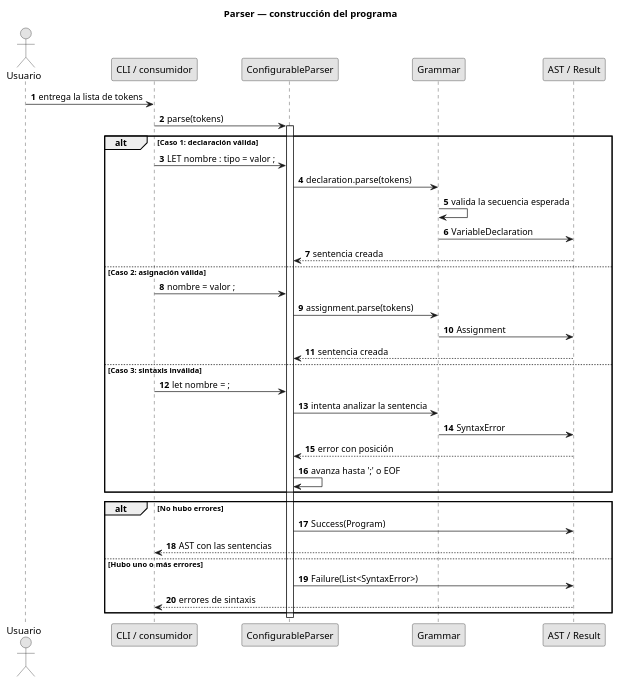
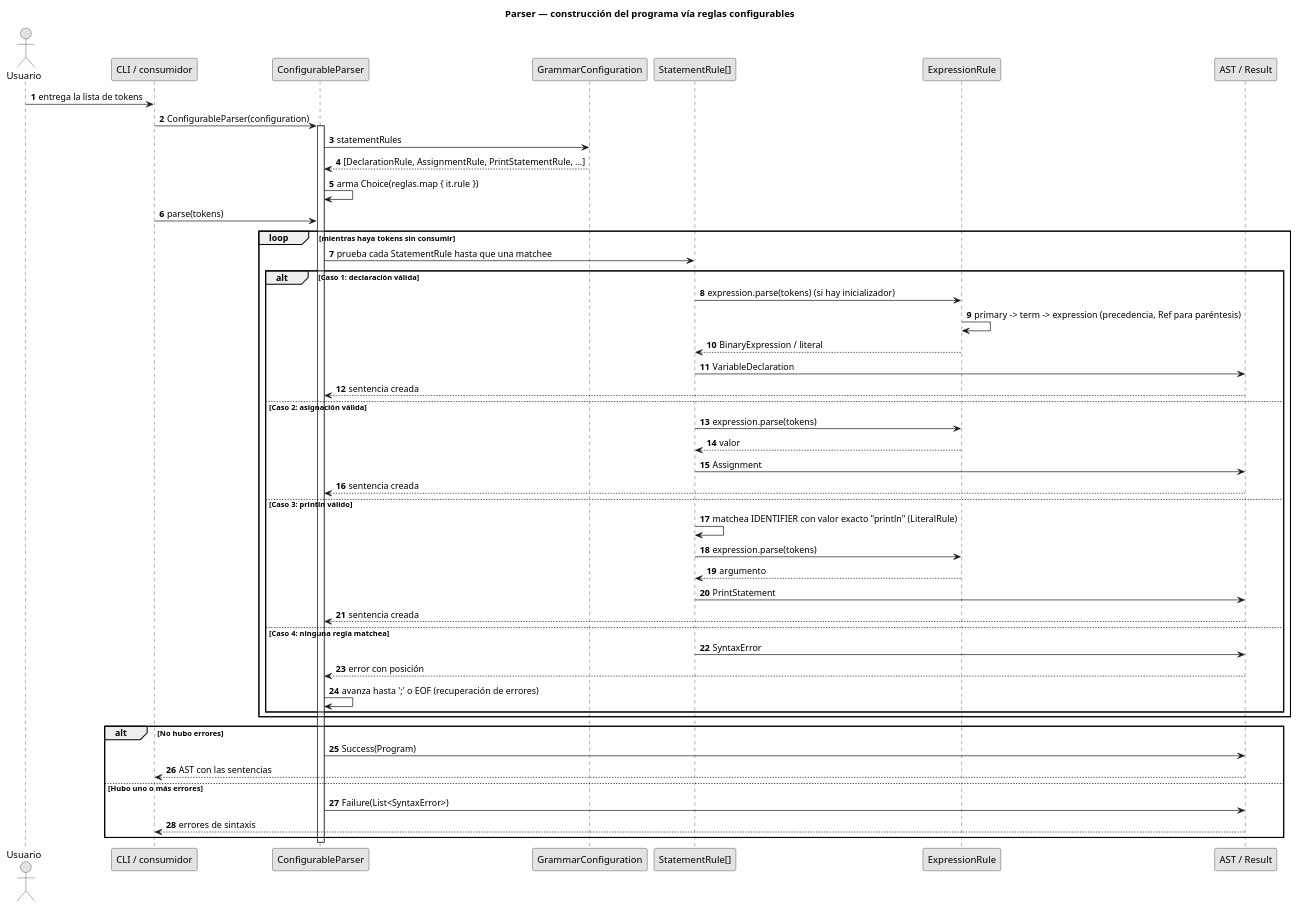
One commit to printScript-ingsis-vlt/print-script-ingsis changed the diagram in docs/diagrams/parser-sequence.puml. Above: the diagram before and after it, drawn with PlantUML. The commit also changed 1 other file, not shown here.

Commit message:
docs(parser): actualizar diagrama de secuencia y line-life-cycle al flujo real

```diff
--- a/docs/diagrams/parser-sequence.puml
+++ b/docs/diagrams/parser-sequence.puml
@@ -1,47 +1,63 @@
 @startuml
-title Parser — construcción del programa
+title Parser — construcción del programa vía reglas configurables
 
 skinparam monochrome true
 skinparam shadowing false
 autonumber
 
 actor Usuario
 participant "CLI / consumidor" as Consumer
 participant "ConfigurableParser" as Parser
-participant "Grammar" as Grammar
+participant "GrammarConfiguration" as Config
+participant "StatementRule[]" as Rules
+participant "ExpressionRule" as ExprRule
 participant "AST / Result" as Output
 
 Usuario -> Consumer : entrega la lista de tokens
+Consumer -> Parser : ConfigurableParser(configuration)
+activate Parser
+Parser -> Config : statementRules
+Config --> Parser : [DeclarationRule, AssignmentRule, PrintStatementRule, ...]
+Parser -> Parser : arma Choice(reglas.map { it.rule })
+
 Consumer -> Parser : parse(tokens)
-activate Parser
 
-alt Caso 1: declaración válida
-  Consumer -> Parser : LET nombre : tipo = valor ;
-  Parser -> Grammar : declaration.parse(tokens)
-  Grammar -> Grammar : valida la secuencia esperada
-  Grammar -> Output : VariableDeclaration
-  Output --> Parser : sentencia creada
+loop mientras haya tokens sin consumir
+  Parser -> Rules : prueba cada StatementRule hasta que una matchee
 
-else Caso 2: asignación válida
-  Consumer -> Parser : nombre = valor ;
-  Parser -> Grammar : assignment.parse(tokens)
-  Grammar -> Output : Assignment
-  Output --> Parser : sentencia creada
+  alt Caso 1: declaración válida
+    Rules -> ExprRule : expression.parse(tokens) (si hay inicializador)
+    ExprRule -> ExprRule : primary -> term -> expression (precedencia, Ref para paréntesis)
+    ExprRule --> Rules : BinaryExpression / literal
+    Rules -> Output : VariableDeclaration
+    Output --> Parser : sentencia creada
 
-else Caso 3: sintaxis inválida
-  Consumer -> Parser : let nombre = ;
-  Parser -> Grammar : intenta analizar la sentencia
-  Grammar -> Output : SyntaxError
-  Output --> Parser : error con posición
-  Parser -> Parser : avanza hasta ';' o EOF
+  else Caso 2: asignación válida
+    Rules -> ExprRule : expression.parse(tokens)
+    ExprRule --> Rules : valor
+    Rules -> Output : Assignment
+    Output --> Parser : sentencia creada
+
+  else Caso 3: println válido
+    Rules -> Rules : matchea IDENTIFIER con valor exacto "println" (LiteralRule)
+    Rules -> ExprRule : expression.parse(tokens)
+    ExprRule --> Rules : argumento
+    Rules -> Output : PrintStatement
+    Output --> Parser : sentencia creada
+
+  else Caso 4: ninguna regla matchea
+    Rules -> Output : SyntaxError
+    Output --> Parser : error con posición
+    Parser -> Parser : avanza hasta ';' o EOF (recuperación de errores)
+  end
 end
 
 alt No hubo errores
   Parser -> Output : Success(Program)
   Output --> Consumer : AST con las sentencias
 else Hubo uno o más errores
   Parser -> Output : Failure(List<SyntaxError>)
   Output --> Consumer : errores de sintaxis
 end
 deactivate Parser
 @enduml
```
